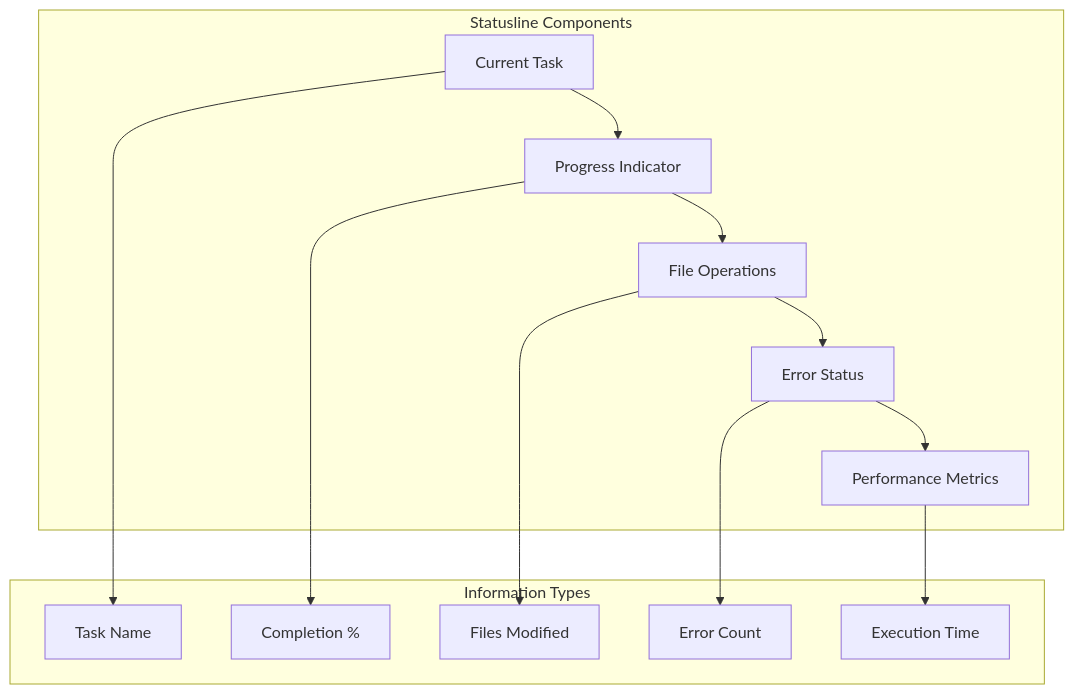
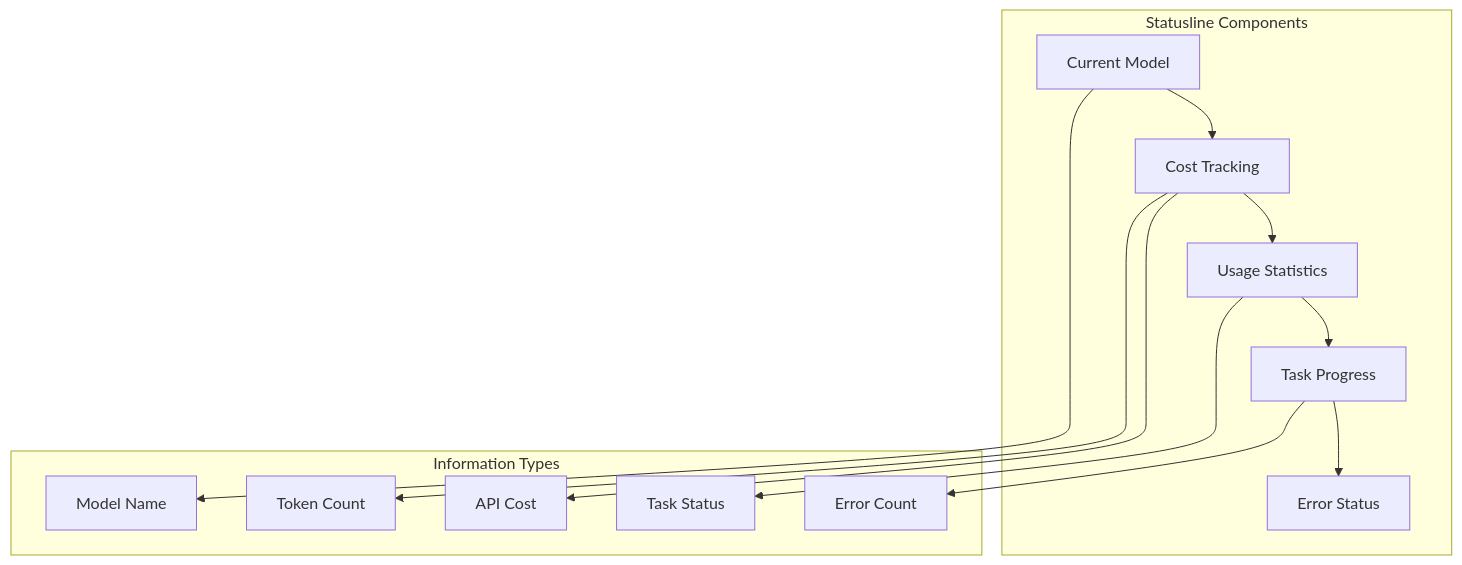
Before and after one commit to p-wegner/claude_code_training: the second of 3 diagrams in modules/module3-output-formats/README.md, drawn with Mermaid. The commit also changed other lines of this file and 2 other files, not shown here.

````diff
--- a/modules/module3-output-formats/README.md
+++ b/modules/module3-output-formats/README.md
@@ -81,23 +44,23 @@
 ```mermaid
 graph TB
     subgraph "Statusline Components"
-        A[Current Task] --> B[Progress Indicator]
-        B --> C[File Operations]
-        C --> D[Error Status]
-        D --> E[Performance Metrics]
+        A[Current Model] --> B[Cost Tracking]
+        B --> C[Usage Statistics]
+        C --> D[Task Progress]
+        D --> E[Error Status]
     end
     
     subgraph "Information Types"
-        F[Task Name]
-        G[Completion %]
-        H[Files Modified]
-        I[Error Count]
-        J[Execution Time]
+        F[Model Name]
+        G[Token Count]
+        H[API Cost]
+        I[Task Status]
+        J[Error Count]
     end
     
     A --> F
     B --> G
-    C --> H
-    D --> I
-    E --> J
+    B --> H
+    C --> I
+    D --> J
 ```
````
